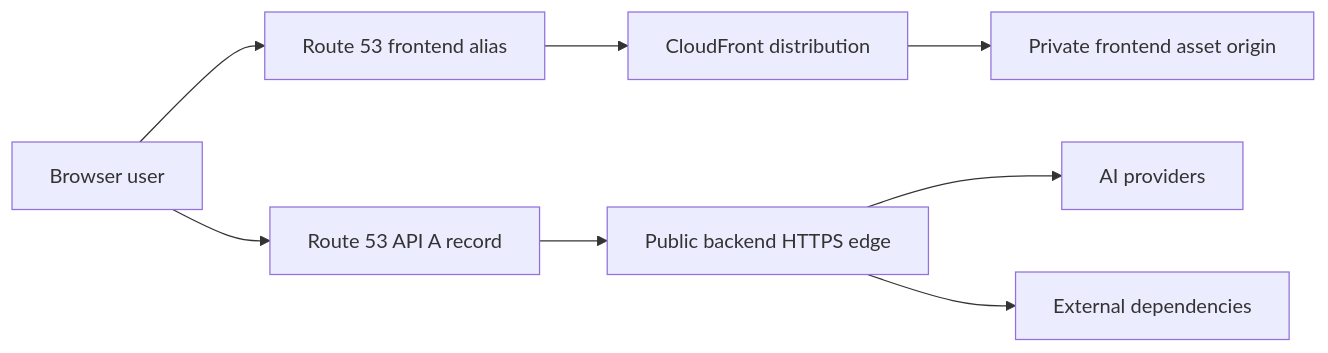
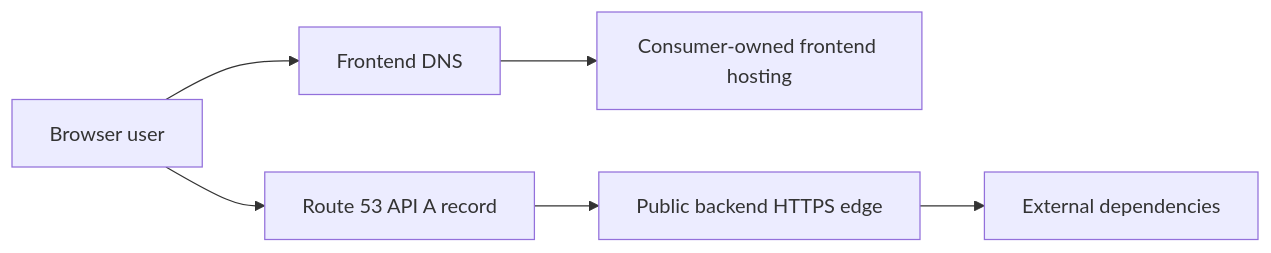
One commit to kanutocd/poorman-aws changed the first of 8 diagrams in docs/mkdocs/architecture.md. Above: the diagram before and after it, drawn with Mermaid. The commit also changed other lines of this file, not shown here.

Commit message:
docs: generalize architecture concepts

````diff
--- a/docs/mkdocs/architecture.md
+++ b/docs/mkdocs/architecture.md
@@ -28,16 +29,13 @@
 ```mermaid
 flowchart LR
     User[Browser user]
-    FrontendDNS[Route 53 frontend alias]
-    CloudFront[CloudFront distribution]
-    FrontendS3[Private frontend asset origin]
+    FrontendDNS[Frontend DNS]
+    FrontendHosting[Consumer-owned frontend hosting]
     APIDNS[Route 53 API A record]
     API[Public backend HTTPS edge]
-    Providers[AI providers]
     Dependencies[External dependencies]
 
-    User --> FrontendDNS --> CloudFront --> FrontendS3
+    User --> FrontendDNS --> FrontendHosting
     User --> APIDNS --> API
-    API --> Providers
     API --> Dependencies
 ```
````
